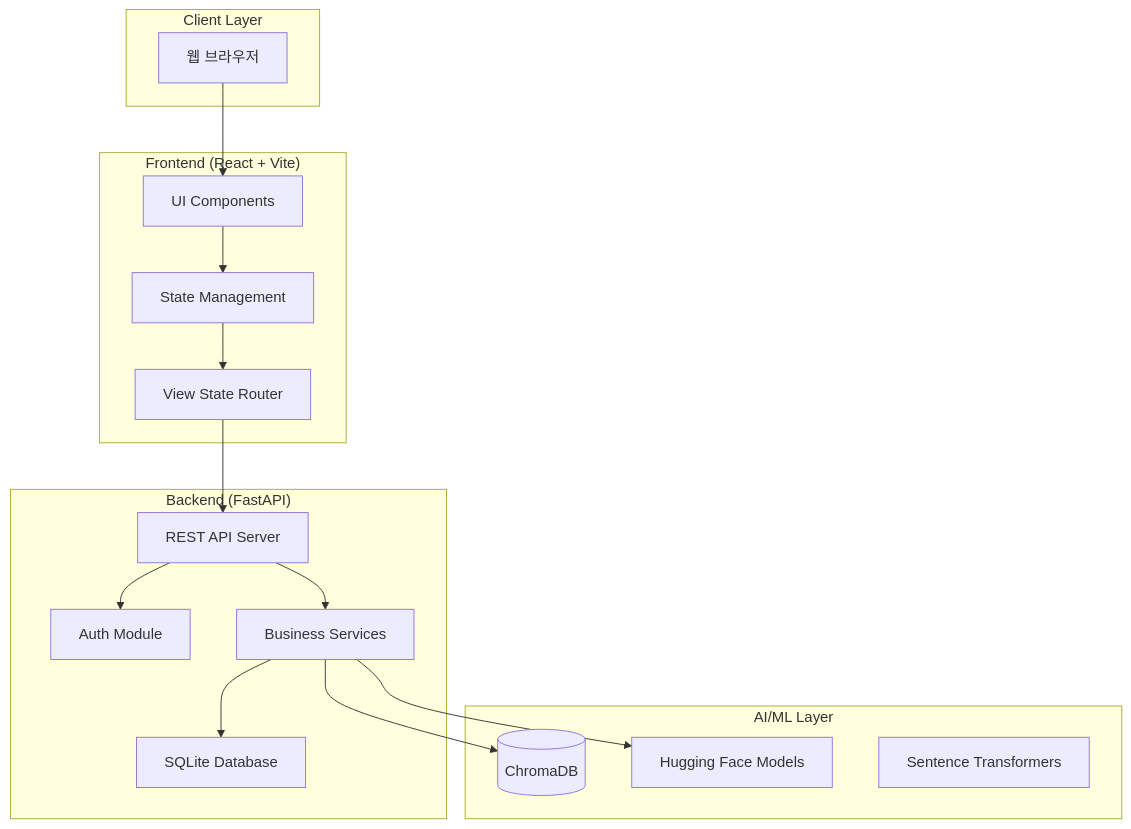
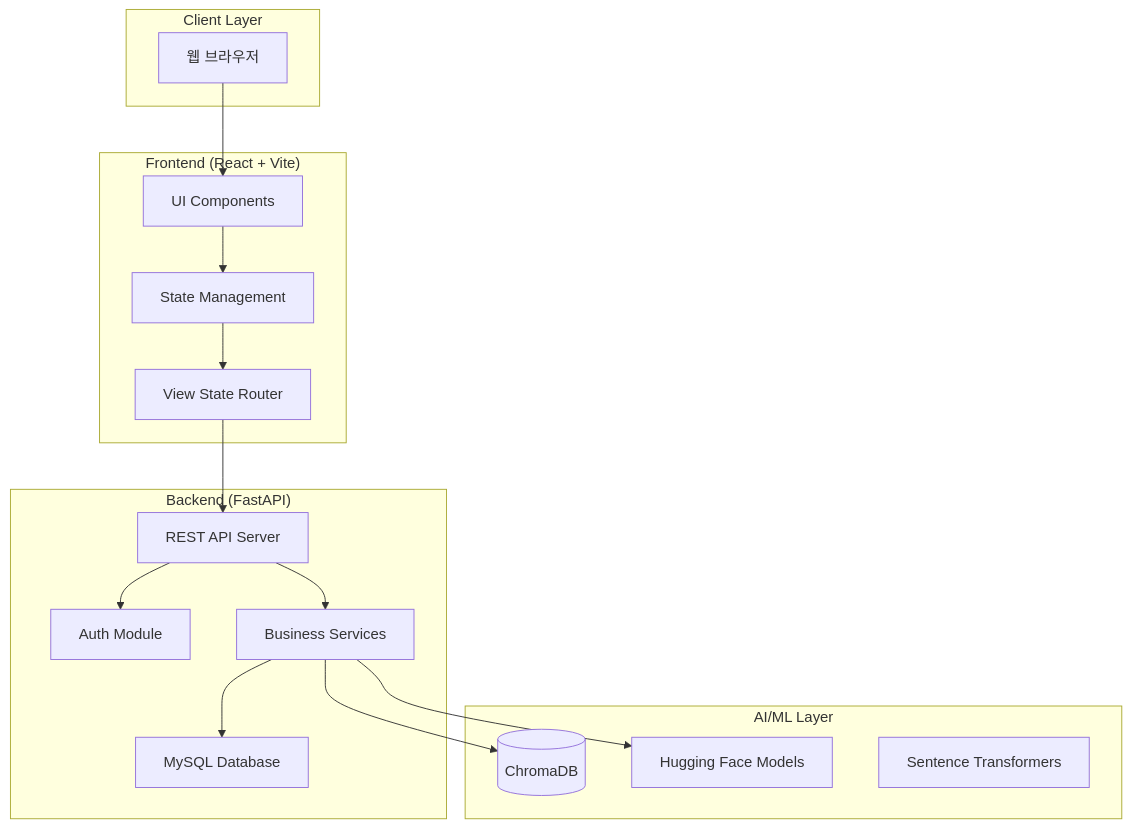
The diagram in README.md (HDC-BE-REAL/ESG_Dashboard), drawn with Mermaid before and after one commit. The commit also changed other lines of this file and 1 other file, not shown here.

````diff
--- a/README.md
+++ b/README.md
@@ -43,35 +43,35 @@
 ```mermaid
 graph TB
     subgraph "Client Layer"
         Browser[웹 브라우저]
     end
 
     subgraph "Frontend (React + Vite)"
         UI[UI Components]
         State[State Management]
         Router[View State Router]
     end
 
     subgraph "Backend (FastAPI)"
         API[REST API Server]
         Auth[Auth Module]
         Services[Business Services]
-        DB[SQLite Database]
+        DB[MySQL Database]
     end
 
     subgraph "AI/ML Layer"
         VectorDB[(ChromaDB)]
         LLM[Hugging Face Models]
         Embeddings[Sentence Transformers]
     end
 
     Browser --> UI
     UI --> State
     State --> Router
     Router --> API
     API --> Auth
     API --> Services
     Services --> DB
     Services --> VectorDB
     Services --> LLM
 ```
````
